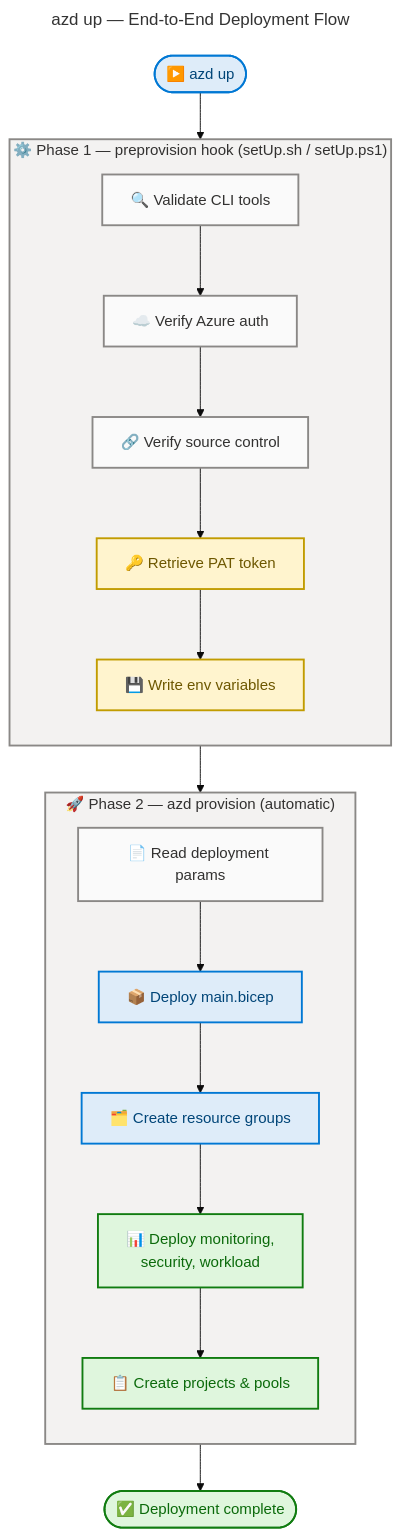
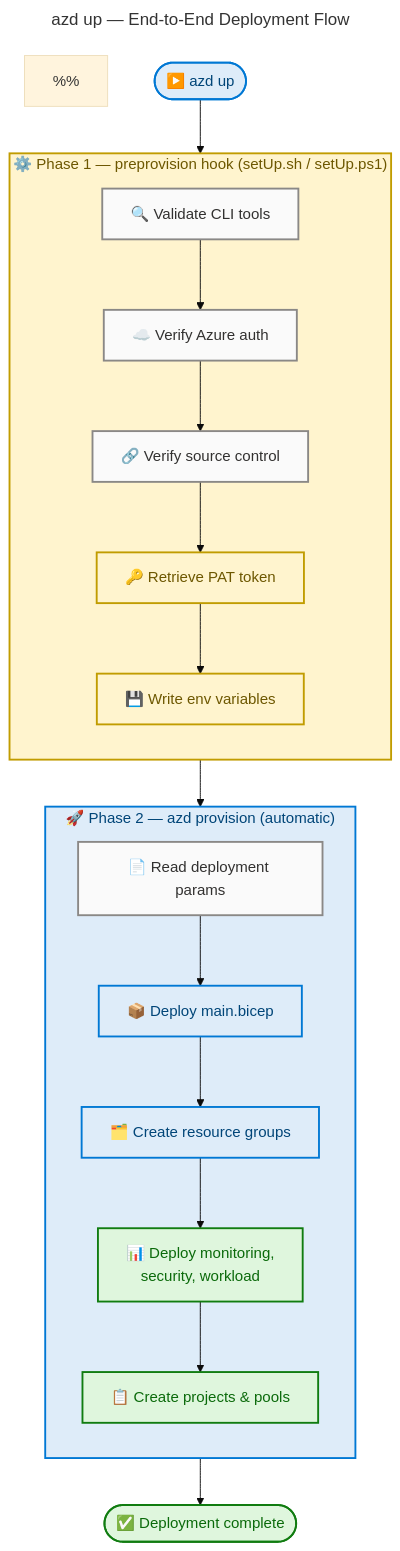
The second of 2 diagrams in README.md (Evilazaro/DevExp-DevBox), drawn with Mermaid before and after one commit. The commit also changed other lines of this file, not shown here.

Commit message:
docs: enhance flowchart documentation with semantic color coding for improved clarity

````diff
--- a/README.md
+++ b/README.md
@@ -254,77 +262,81 @@
 ```mermaid
 ---
 title: "azd up — End-to-End Deployment Flow"
 config:
   theme: base
   look: classic
   layout: dagre
   themeVariables:
     fontSize: '16px'
   flowchart:
     htmlLabels: true
 ---
 flowchart TB
     accTitle: azd up — End-to-End Deployment Flow
     accDescr: Shows the two-phase deployment process — preprovision setup followed by Bicep infrastructure provisioning
 
     %% ═══════════════════════════════════════════════════════════════════════════
     %% AZURE / FLUENT ARCHITECTURE PATTERN v1.1
     %% (Semantic + Structural + Font + Accessibility Governance)
     %% ═══════════════════════════════════════════════════════════════════════════
     %% PHASE 1 - STRUCTURAL: Direction explicit, flat topology, nesting ≤ 3
     %% PHASE 2 - SEMANTIC: Colors justified, max 5 semantic classes, neutral-first
     %% PHASE 3 - FONT: Dark text on light backgrounds, contrast ≥ 4.5:1
     %% PHASE 4 - ACCESSIBILITY: accTitle/accDescr present, icons on all nodes
     %% PHASE 5 - STANDARD: Governance block present, classDefs centralized
     %% ═══════════════════════════════════════════════════════════════════════════
 
     %% COLOR DOCUMENTATION
     %% neutral (#FAFAFA) — Validation and read operations
     %% core (#DEECF9) — Entry/exit and deployment operations (azd up, Bicep deploy)
     %% success (#DFF6DD) — Completed deployment stages
     %% warning (#FFF4CE) — Security-sensitive operations (PAT, secrets)
     %% danger (#FDE7E9) — Error states, alerts, destructive actions
     %% data (#E1DFDD) — Data storage, network infrastructure
     %% external (#F3F2F1) — External systems, boundaries, outer containers
+    %%
+    %% SUBGRAPH SEMANTIC COLORS (Step 3a — functional siblings)
+    %% phase1 (#FFF4CE) — Setup/security operations (PAT retrieval, auth)
+    %% phase2 (#DEECF9) — Core deployment operations (Bicep, provisioning)
 
     start(["▶️ azd up"]):::core --> phase1
 
     subgraph phase1["⚙️ Phase 1 — preprovision hook (setUp.sh / setUp.ps1)"]
         direction TB
         step1["🔍 Validate CLI tools"]:::neutral
         step2["☁️ Verify Azure auth"]:::neutral
         step3["🔗 Verify source control"]:::neutral
         step4["🔑 Retrieve PAT token"]:::warning
         step5["💾 Write env variables"]:::warning
 
         step1 --> step2 --> step3 --> step4 --> step5
     end
 
     phase1 --> phase2
 
     subgraph phase2["🚀 Phase 2 — azd provision (automatic)"]
         direction TB
         prov1["📄 Read deployment params"]:::neutral
         prov2["📦 Deploy main.bicep"]:::core
         prov3["🗂️ Create resource groups"]:::core
         prov4["📊 Deploy monitoring,<br>security, workload"]:::success
         prov5["📋 Create projects & pools"]:::success
 
         prov1 --> prov2 --> prov3 --> prov4 --> prov5
     end
 
     prov5 --> done(["✅ Deployment complete"]):::success
 
-    %% SUBGRAPH STYLING — uniform neutral fills (2 subgraphs = 2 style directives)
-    style phase1 fill:#F3F2F1,stroke:#8A8886,stroke-width:2px,color:#323130
-    style phase2 fill:#F3F2F1,stroke:#8A8886,stroke-width:2px,color:#323130
+    %% SUBGRAPH STYLING — semantic fills for functional siblings (2 subgraphs = 2 style directives)
+    style phase1 fill:#FFF4CE,stroke:#C19C00,stroke-width:2px,color:#6D5700
+    style phase2 fill:#DEECF9,stroke:#0078D4,stroke-width:2px,color:#004578
 
     %% Centralized classDef palette (canonical — neutral-first, 7 semantic classes)
     classDef neutral fill:#FAFAFA,stroke:#8A8886,stroke-width:2px,color:#323130
     classDef core fill:#DEECF9,stroke:#0078D4,stroke-width:2px,color:#004578
     classDef success fill:#DFF6DD,stroke:#107C10,stroke-width:2px,color:#0B6A0B
     classDef warning fill:#FFF4CE,stroke:#C19C00,stroke-width:2px,color:#6D5700
     classDef danger fill:#FDE7E9,stroke:#D13438,stroke-width:2px,color:#A4262C
     classDef data fill:#E1DFDD,stroke:#0078D4,stroke-width:2px,color:#004578
     classDef external fill:#F3F2F1,stroke:#605E5C,stroke-width:2px,color:#323130
 ```
````
